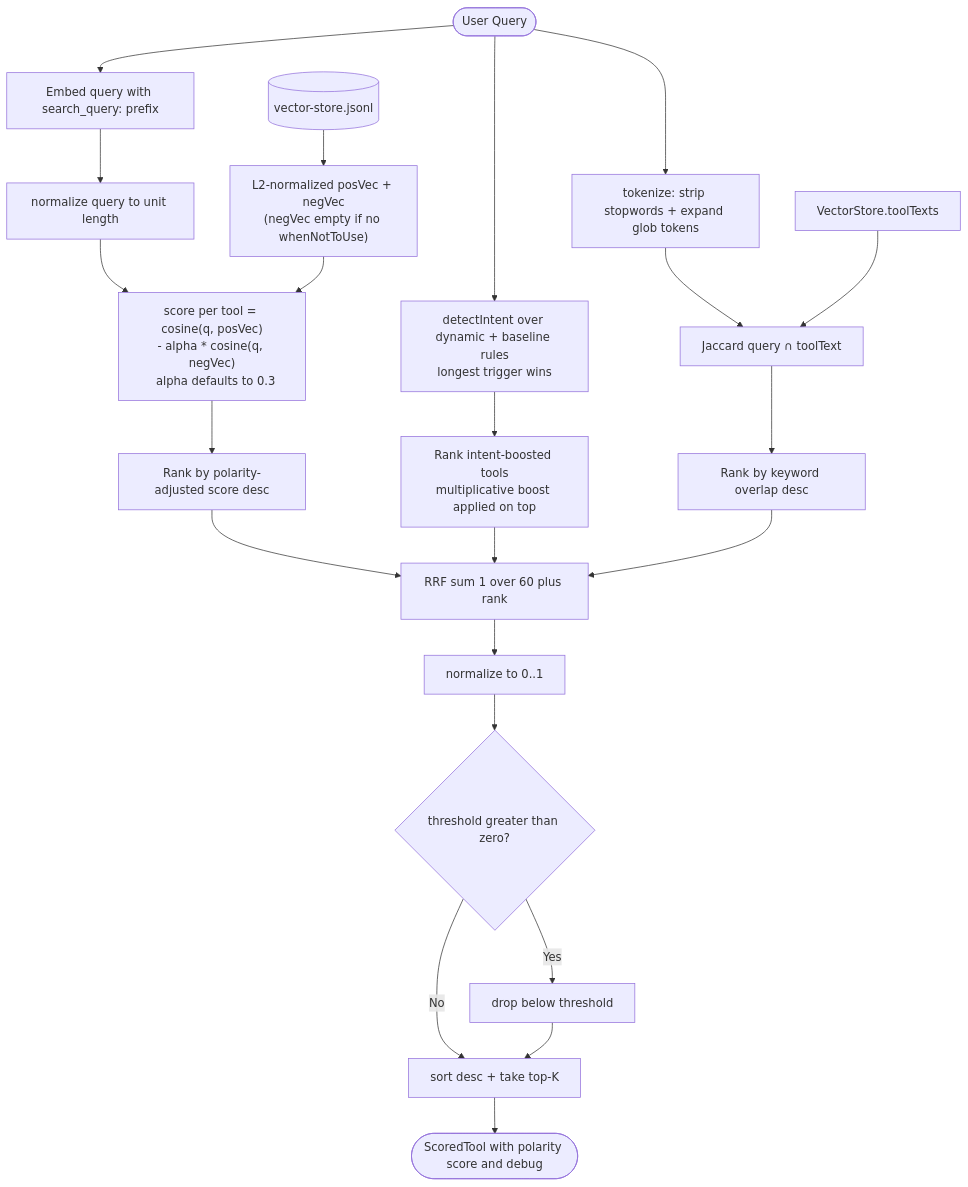
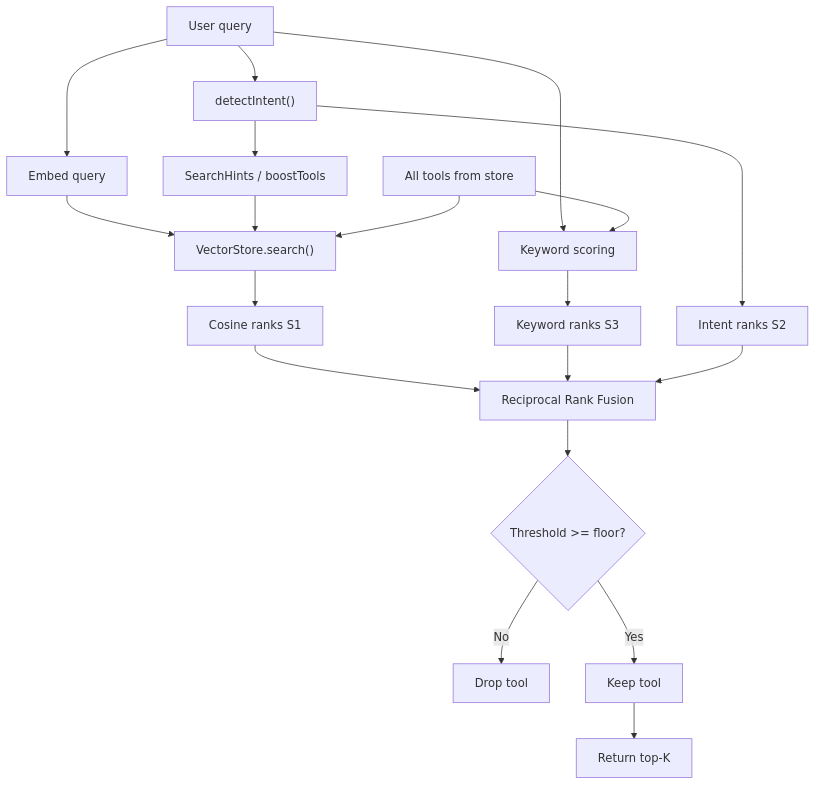
Before and after one commit to ahmadmdabit/semantic-tool-router: the sixth of 8 diagrams in README.md, drawn with Mermaid. The commit also changed other lines of this file, not shown here.

First line of the commit message:
docs: add comprehensive mermaid architectural diagrams and update terminology

````diff
--- a/README.md
+++ b/README.md
@@ -356,28 +376,25 @@
 ```mermaid
 flowchart TD
-    Q([User Query]) --> Embed[Embed query with search_query: prefix]
-    Q --> Detect[detectIntent over dynamic + baseline rules<br/>longest trigger wins]
-    Q --> Tokens[tokenize: strip stopwords + expand glob tokens]
+  Q[User query] --> TI["detectIntent()"]
+  Q --> QE[Embed query]
+  TI --> H[SearchHints / boostTools]
+  QE --> DS["VectorStore.search()"]
+  H --> DS
 
-    Store[(vector-store.jsonl)] --> Vectors["L2-normalized posVec + negVec<br/>(negVec empty if no whenNotToUse)"]
+  Q --> KT[Keyword scoring]
+  T[All tools from store] --> KT
+  T --> DS
 
-    Embed --> Nq[normalize query to unit length]
-    Nq --> Cosine["score per tool = cosine(q, posVec)<br/>- alpha * cosine(q, negVec)<br/>  alpha defaults to 0.3"]
-    Vectors --> Cosine
+  DS --> RR1[Cosine ranks S1]
+  KT --> RR2[Keyword ranks S3]
+  TI --> RR3[Intent ranks S2]
 
-    Cosine --> R1[Rank by polarity-adjusted score desc]
-    Detect --> R2[Rank intent-boosted tools<br/>multiplicative boost applied on top]
-    Tokens --> Jaccard[Jaccard query ∩ toolText]
-    ToolTexts[VectorStore.toolTexts] --> Jaccard
-    Jaccard --> R3[Rank by keyword overlap desc]
+  RR1 --> RRF[Reciprocal Rank Fusion]
+  RR2 --> RRF
+  RR3 --> RRF
 
-    R1 --> RRF["RRF sum 1 over 60 plus rank"]
-    R2 --> RRF
-    R3 --> RRF
-    RRF --> Norm[normalize to 0..1]
-    Norm --> Thresh{threshold greater than zero?}
-    Thresh -- Yes --> Filter[drop below threshold]
-    Thresh -- No --> Sort[sort desc + take top-K]
-    Filter --> Sort
-    Sort --> Out([ScoredTool with polarity score and debug])
+  RRF --> TH{"Threshold >= floor?"}
+  TH -->|No| DROP[Drop tool]
+  TH -->|Yes| KEEP[Keep tool]
+  KEEP --> TOP[Return top-K]
 ```
````
